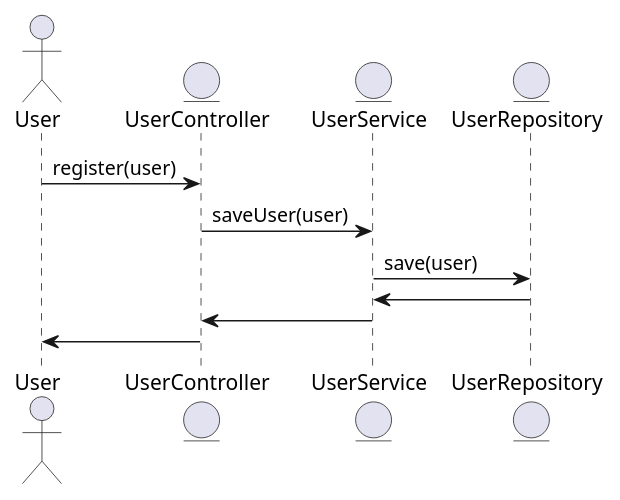
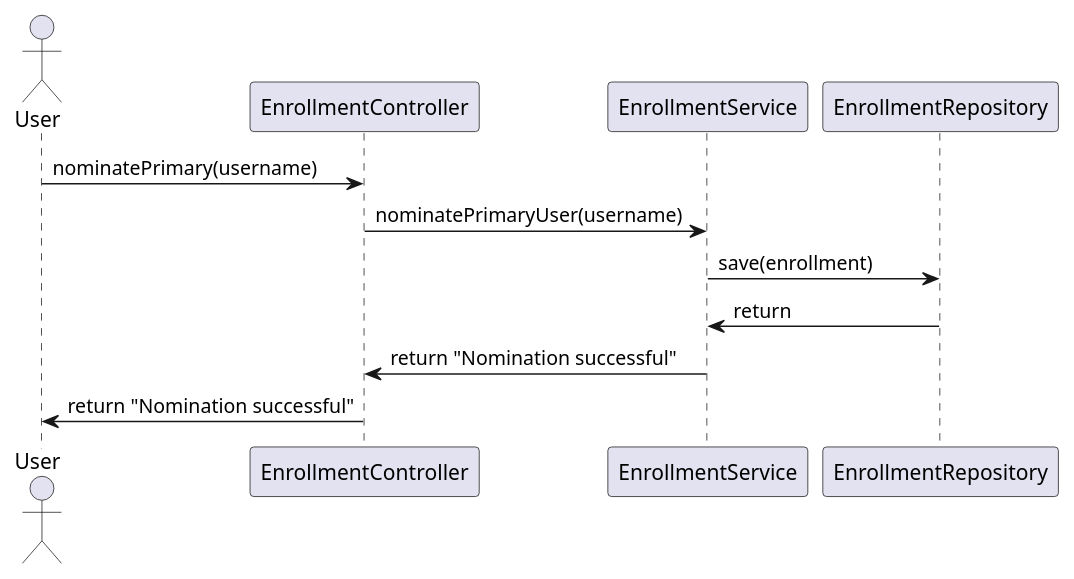
One commit to Dinesh-s95/AutoDoc.ai changed the first of 4 diagrams in enrollment/documentation/detaileddesign.adoc. Above: the diagram before and after it, drawn with PlantUML. The commit also changed other lines of this file and 7 other files, not shown here.

```diff
--- a/enrollment/documentation/detaileddesign.adoc
+++ b/enrollment/documentation/detaileddesign.adoc
@@ -172,16 +181,16 @@
-[plantuml, user-registration-flow, png]
+[plantuml, user-registration-sequence, png]
 ----
 @startuml
 actor User
-entity UserController
-entity UserService
-entity UserRepository
+participant "EnrollmentController" as Controller
+participant "EnrollmentService" as Service
+participant "EnrollmentRepository" as Repo
 
-User -> UserController : register(user)
-UserController -> UserService : saveUser(user)
-UserService -> UserRepository : save(user)
-UserRepository -> UserService
-UserService -> UserController
-UserController -> User
+User -> Controller : nominatePrimary(username)
+Controller -> Service : nominatePrimaryUser(username)
+Service -> Repo : save(enrollment)
+Repo -> Service : return
+Service -> Controller : return "Nomination successful"
+Controller -> User : return "Nomination successful"
 @enduml
 ----
```
